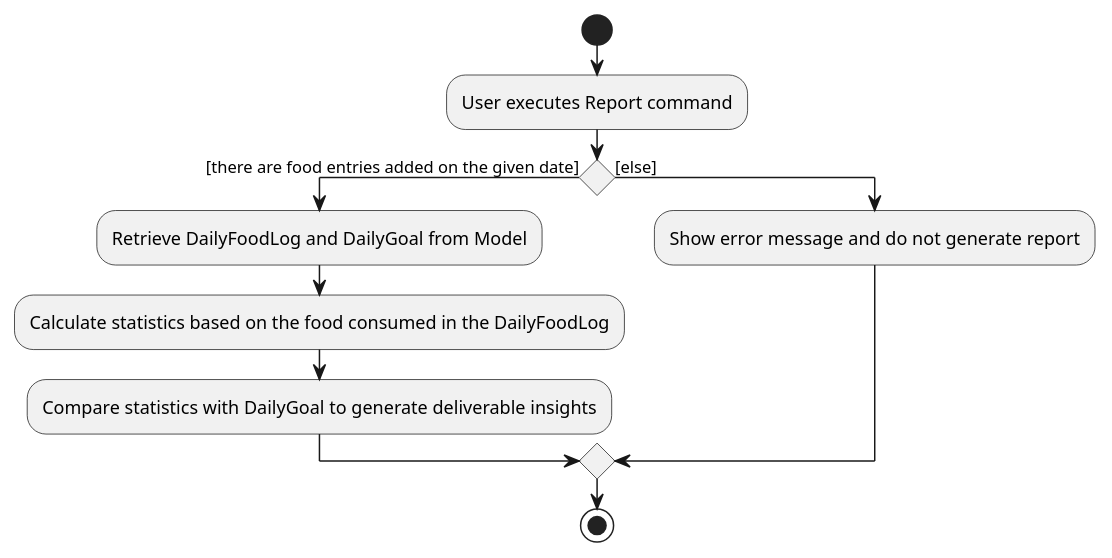
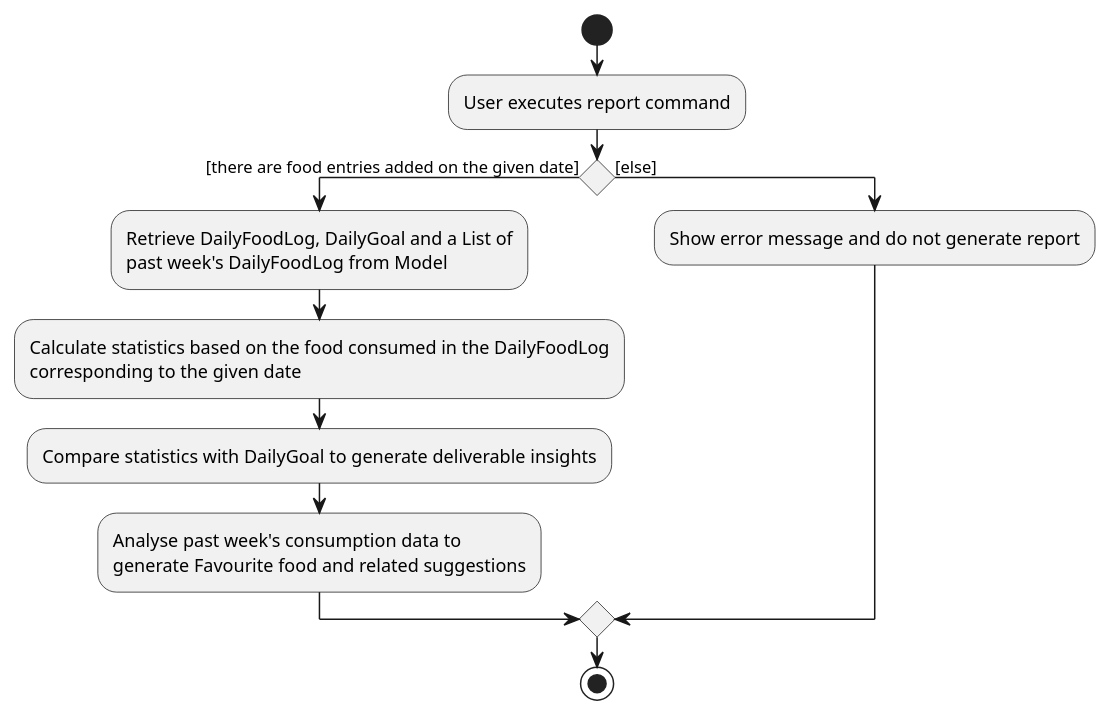
One commit to ray-97/main changed the diagram in docs/diagrams/ReportActivityDiagram.puml. Above: the diagram before and after it, drawn with PlantUML. The commit also changed 6 other files, not shown here.

Commit message:
Update DG portions on Goal and Report

```diff
--- a/docs/diagrams/ReportActivityDiagram.puml
+++ b/docs/diagrams/ReportActivityDiagram.puml
@@ -1,13 +1,17 @@
 @startuml
 start
-:User executes Report command;
+:User executes report command;
 
 if () then ([there are food entries added on the given date])
-    :Retrieve DailyFoodLog and DailyGoal from Model;
-    :Calculate statistics based on the food consumed in the DailyFoodLog;
+    :Retrieve DailyFoodLog, DailyGoal and a List of
+    past week's DailyFoodLog from Model;
+    :Calculate statistics based on the food consumed in the DailyFoodLog
+    corresponding to the given date;
     :Compare statistics with DailyGoal to generate deliverable insights;
+    :Analyse past week's consumption data to
+    generate Favourite food and related suggestions;
 else ([else])
     :Show error message and do not generate report;
 endif
 stop
 @enduml
```
